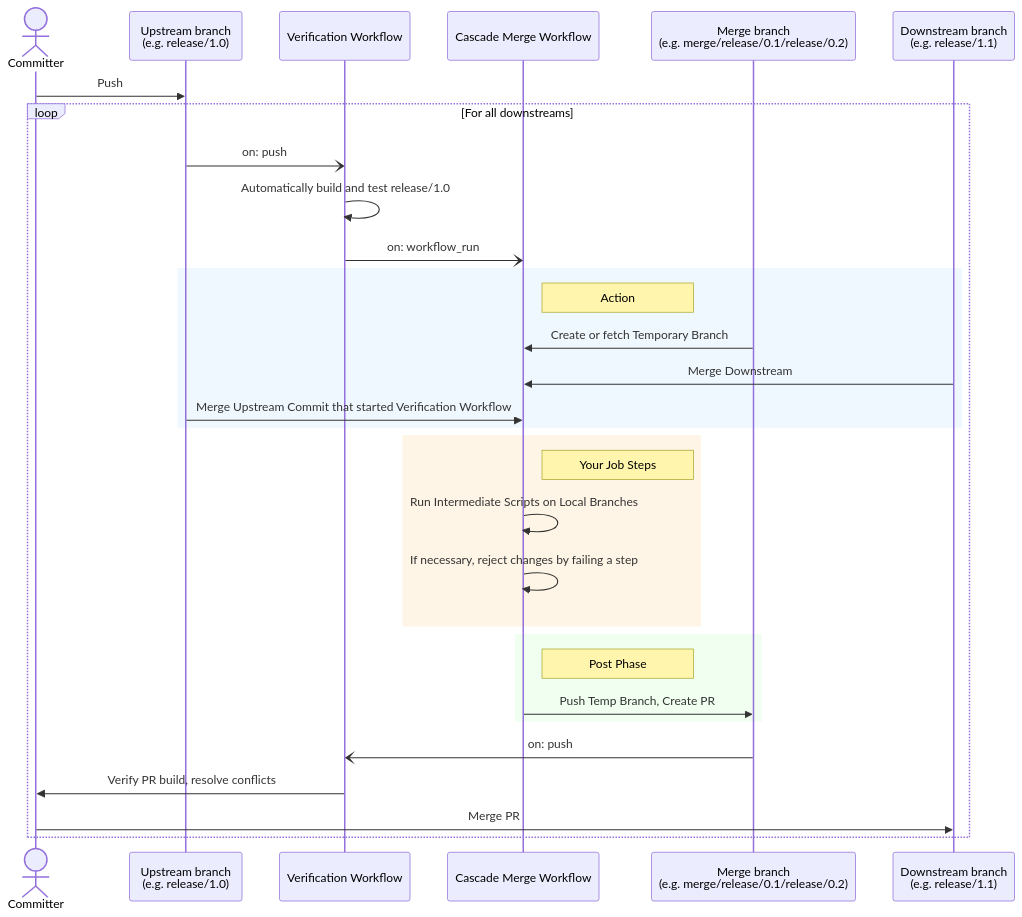
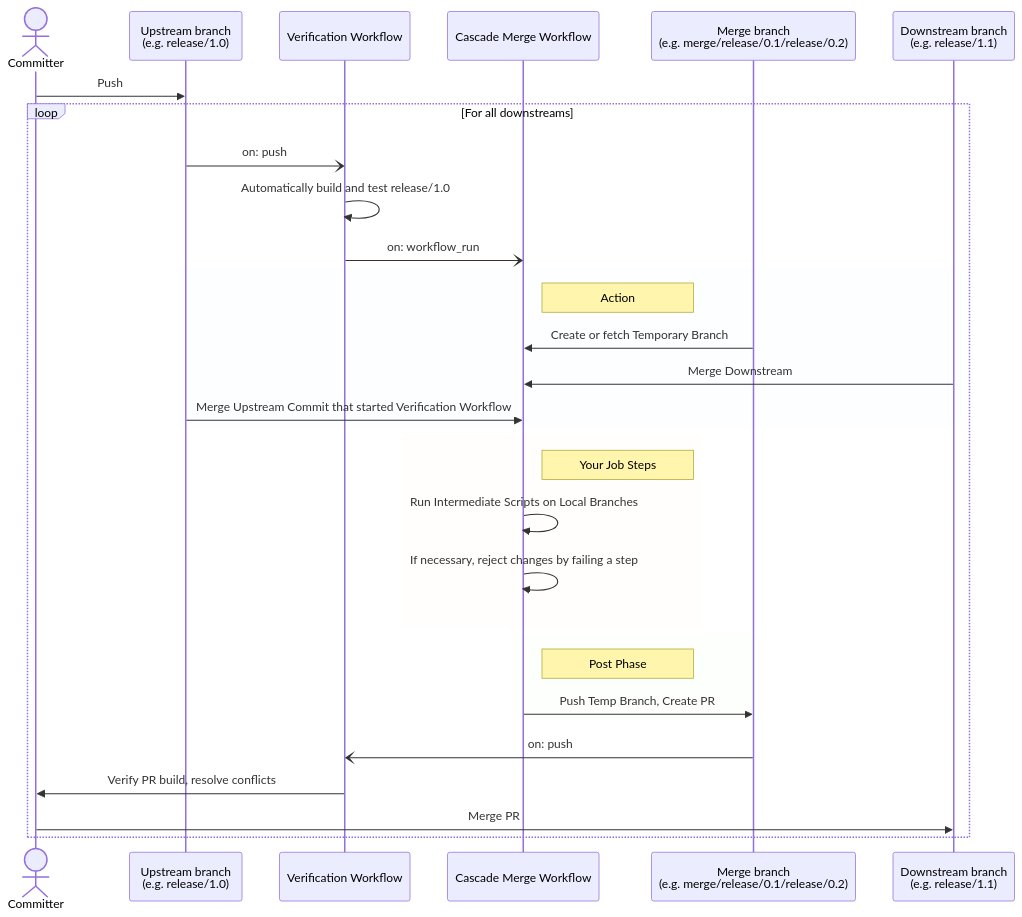
Before and after one commit to basilevs/cascade-merge: the diagram in README.md, drawn with Mermaid.

Commit message:
fix(docs): Improve readability of diagram text by making background closer to theme default

````diff
--- a/README.md
+++ b/README.md
@@ -41,39 +41,39 @@
 ```mermaid
 sequenceDiagram
     actor C as Committer
     participant U as Upstream branch <br> (e.g. release/1.0)
     participant GH as Verification Workflow
     participant A as Cascade Merge Workflow
     participant M as Merge branch <br> (e.g. merge/release/0.1/release/0.2)
     participant D as Downstream branch<br>(e.g. release/1.1)
 
     C->>U: Push
     loop For all downstreams
     U-)GH: on: push
     GH->>GH: Automatically build and test release/1.0
     GH-)A: on: workflow_run
 
 
-    rect rgb(240, 248, 255)
+    rect rgba(240, 248, 255, 0.15)
         note right of A: Action
         M->>A: Create or fetch Temporary Branch
         D->>A: Merge Downstream
         U->>A: Merge Upstream Commit that started Verification Workflow
     end
 
-    rect rgb(255, 245, 230)
+    rect rgba(255, 245, 230, 0.15)
         note right of A: Your Job Steps
         A->>A: Run Intermediate Scripts on Local Branches
         A->>A: If necessary, reject changes by failing a step
     end
 
-    rect rgb(240, 255, 240)
+    rect rgba(240, 255, 240, 0.15)
         note right of A: Post Phase
         A->>M: Push Temp Branch, Create PR
     end
     M-)GH: on: push
 
     GH->>C: Verify PR build, resolve conflicts
     C->>D: Merge PR
     end
 ```
````
